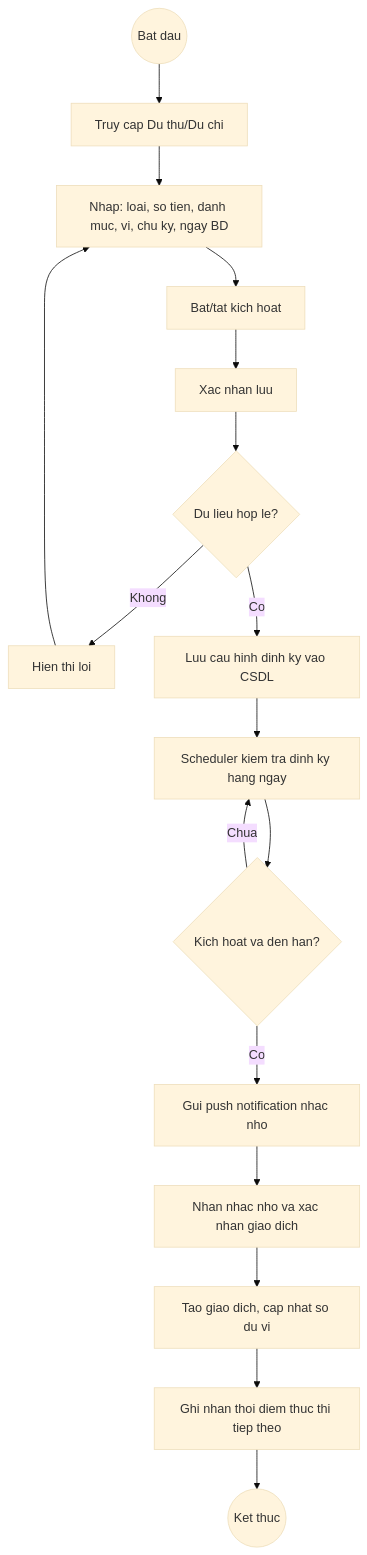
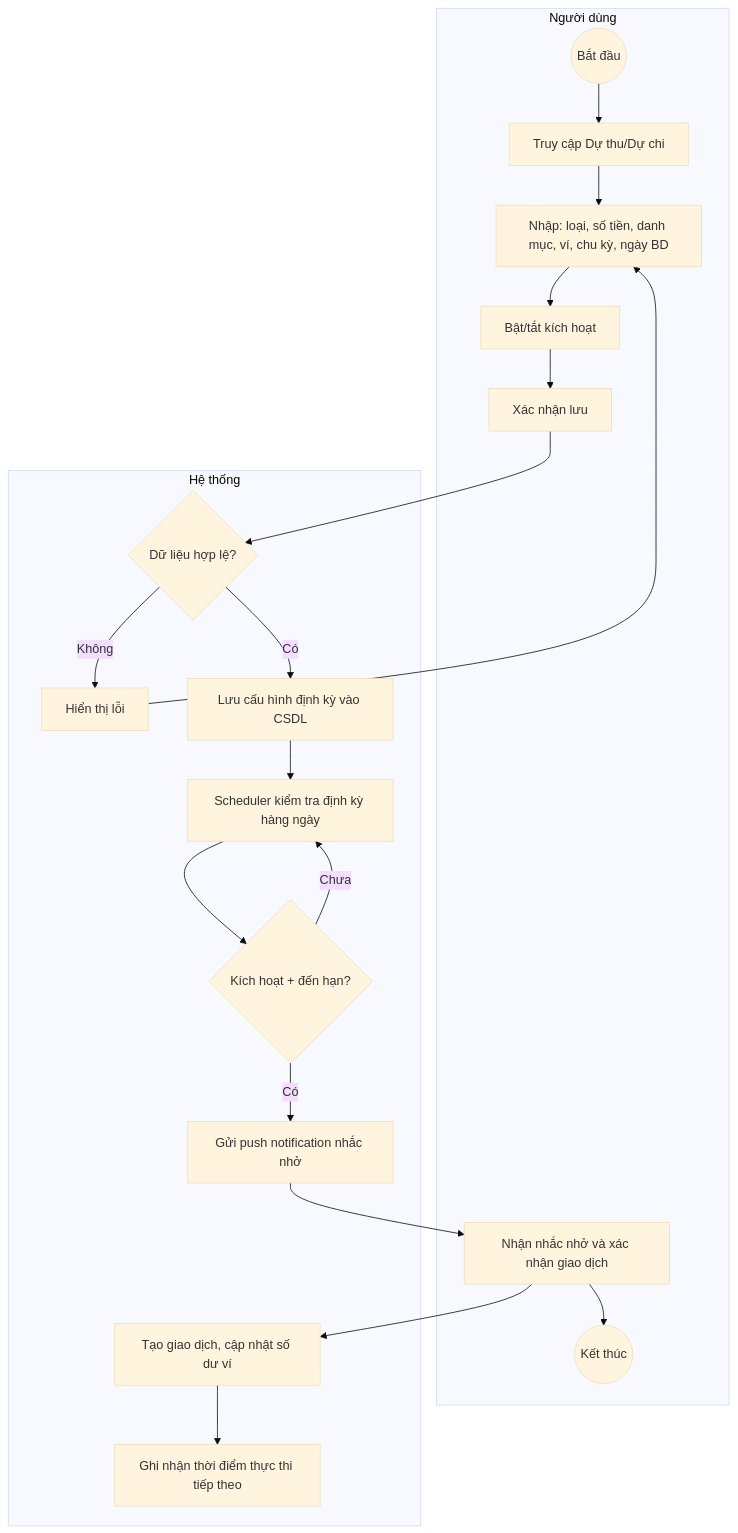
The fifth of 10 diagrams in Nghiên cứu MISA MoneyKeeper.md (Hieu-vn/Graduation-Thesis), drawn with Mermaid (base theme) before and after one commit. The commit also changed other lines of this file, not shown here.

First line of the commit message:
fix: Fix mermaid diagrams QT07-QT10 for GitHub rendering

````diff
--- a/Nghiên cứu MISA MoneyKeeper.md
+++ b/Nghiên cứu MISA MoneyKeeper.md
@@ -156,18 +174,22 @@
 ```mermaid
 flowchart TD
-    A((Bat dau)) --> B[Truy cap Du thu/Du chi]
-    B --> C[Nhap: loai, so tien, danh muc, vi, chu ky, ngay BD]
-    C --> D[Bat/tat kich hoat]
-    D --> E[Xac nhan luu]
-    E --> F{Du lieu hop le?}
-    F -->|Khong| F2[Hien thi loi] --> C
-    F -->|Co| G[Luu cau hinh dinh ky vao CSDL]
-    G --> H[Scheduler kiem tra dinh ky hang ngay]
-    H --> I{Kich hoat va den han?}
-    I -->|Chua| H
-    I -->|Co| J[Gui push notification nhac nho]
-    J --> K[Nhan nhac nho va xac nhan giao dich]
-    K --> K2[Tao giao dich, cap nhat so du vi]
-    K2 --> K3[Ghi nhan thoi diem thuc thi tiep theo]
-    K3 --> L((Ket thuc))
+    subgraph "Người dùng"
+        A((Bắt đầu)) --> B[Truy cập Dự thu/Dự chi]
+        B --> C["Nhập: loại, số tiền, danh mục, ví, chu kỳ, ngày BD"]
+        C --> D[Bật/tắt kích hoạt]
+        D --> E[Xác nhận lưu]
+        K[Nhận nhắc nhở và xác nhận giao dịch] --> L((Kết thúc))
+    end
+    subgraph "Hệ thống"
+        E --> F{Dữ liệu hợp lệ?}
+        F -->|Không| F2[Hiển thị lỗi] --> C
+        F -->|Có| G[Lưu cấu hình định kỳ vào CSDL]
+        G --> H["Scheduler kiểm tra định kỳ hàng ngày"]
+        H --> I{Kích hoạt + đến hạn?}
+        I -->|Chưa| H
+        I -->|Có| J[Gửi push notification nhắc nhở]
+        J --> K
+        K --> K2[Tạo giao dịch, cập nhật số dư ví]
+        K2 --> K3[Ghi nhận thời điểm thực thi tiếp theo]
+    end
 ```
````
